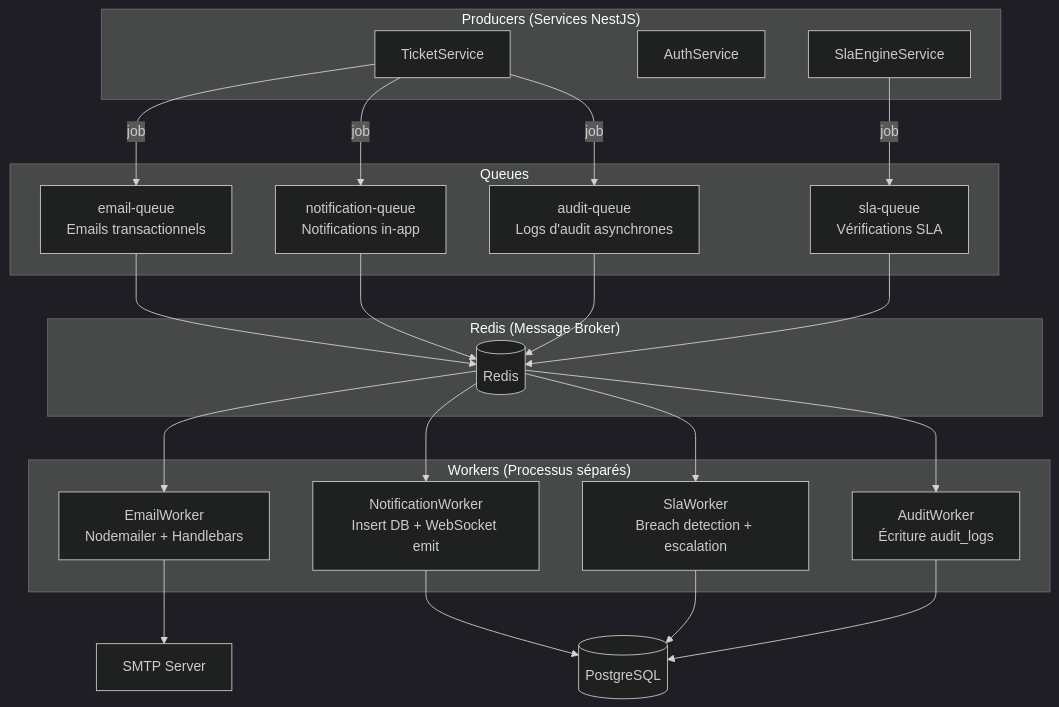
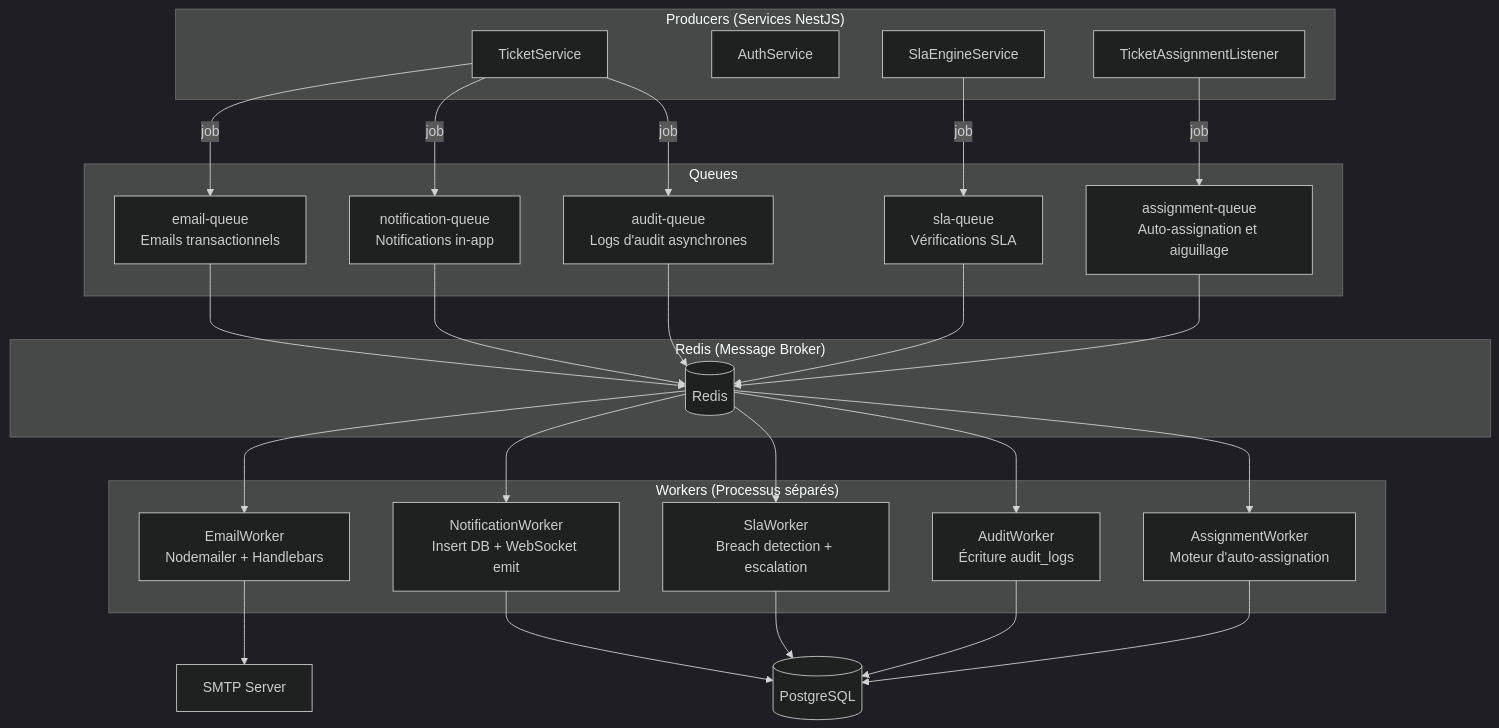
One commit to enockmigjr/Test-Backend-Telecom changed the fifth of 9 diagrams in docs/architecture-flows.md. Above: the diagram before and after it, drawn with Mermaid (dark theme). The commit also changed other lines of this file and 64 other files, not shown here.

````diff
--- a/docs/architecture-flows.md
+++ b/docs/architecture-flows.md
@@ -150,46 +155,53 @@
 ```mermaid
 flowchart TB
     subgraph "Producers (Services NestJS)"
         TicketService[TicketService]
         AuthService[AuthService]
         SlaEngine[SlaEngineService]
+        AssignmentListener[TicketAssignmentListener]
     end
 
     subgraph "Redis (Message Broker)"
         Redis[(Redis)]
     end
 
     subgraph "Queues"
         Q1[email-queue<br/>Emails transactionnels]
         Q2[notification-queue<br/>Notifications in-app]
         Q3[sla-queue<br/>Vérifications SLA]
         Q4[audit-queue<br/>Logs d'audit asynchrones]
+        Q5[assignment-queue<br/>Auto-assignation et aiguillage]
     end
 
     subgraph "Workers (Processus séparés)"
         W1[EmailWorker<br/>Nodemailer + Handlebars]
         W2[NotificationWorker<br/>Insert DB + WebSocket emit]
         W3[SlaWorker<br/>Breach detection + escalation]
         W4[AuditWorker<br/>Écriture audit_logs]
+        W5[AssignmentWorker<br/>Moteur d'auto-assignation]
     end
 
     TicketService -->|job| Q1
     TicketService -->|job| Q2
     SlaEngine -->|job| Q3
     TicketService -->|job| Q4
+    AssignmentListener -->|job| Q5
 
     Q1 --> Redis
     Q2 --> Redis
     Q3 --> Redis
     Q4 --> Redis
+    Q5 --> Redis
 
     Redis --> W1
     Redis --> W2
     Redis --> W3
     Redis --> W4
+    Redis --> W5
 
     W1 --> SMTP[SMTP Server]
     W2 --> PostgreSQL[(PostgreSQL)]
     W3 --> PostgreSQL
     W4 --> PostgreSQL
+    W5 --> PostgreSQL
 ```
````
